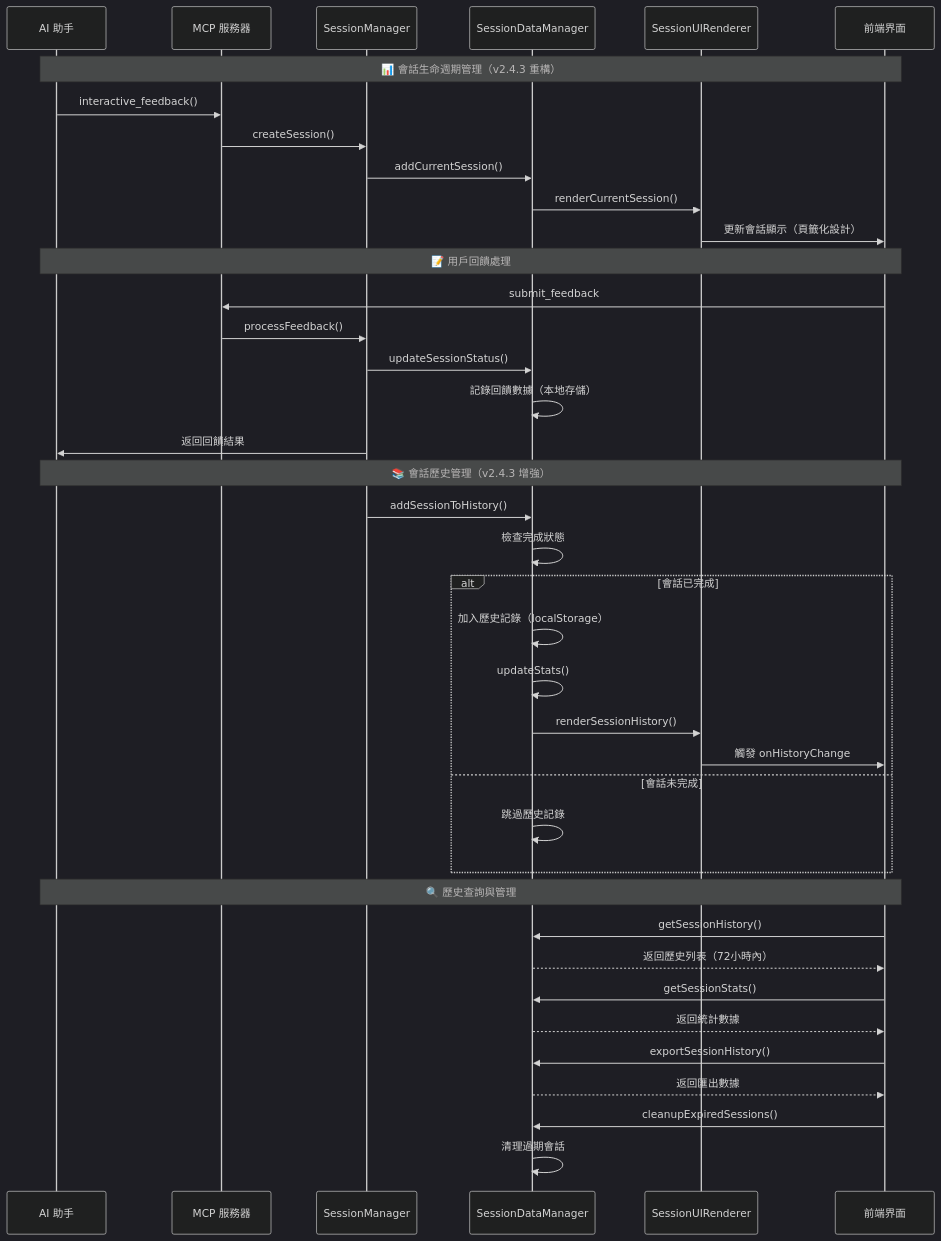
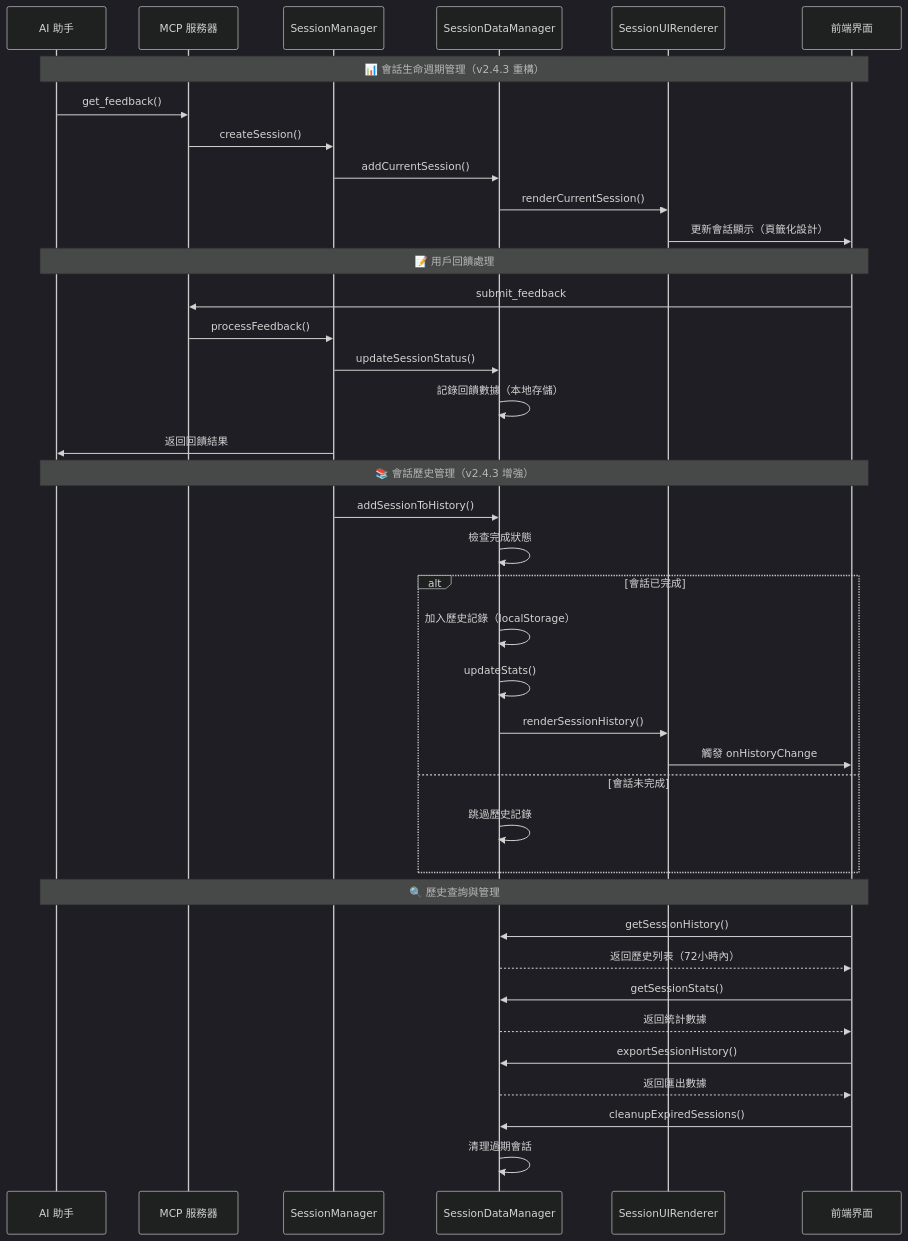
The eighth of 12 diagrams in docs/architecture/interaction-flows.md (LeonBuild/mcp-feedback-enhanced-pro), drawn with Mermaid (dark theme) before and after one commit. The commit also changed other lines of this file and 26 other files, not shown here.

Commit message:
rename to `get_feedback`

````diff
--- a/docs/architecture/interaction-flows.md
+++ b/docs/architecture/interaction-flows.md
@@ -558,45 +558,45 @@
 ```mermaid
 sequenceDiagram
     participant AI as AI 助手
     participant Server as MCP 服務器
     participant SM as SessionManager
     participant SDM as SessionDataManager
     participant SUR as SessionUIRenderer
     participant UI as 前端界面
 
     Note over AI,UI: 📊 會話生命週期管理（v2.4.3 重構）
-    AI->>Server: interactive_feedback()
+    AI->>Server: get_feedback()
     Server->>SM: createSession()
     SM->>SDM: addCurrentSession()
     SDM->>SUR: renderCurrentSession()
     SUR->>UI: 更新會話顯示（頁籤化設計）
 
     Note over AI,UI: 📝 用戶回饋處理
     UI->>Server: submit_feedback
     Server->>SM: processFeedback()
     SM->>SDM: updateSessionStatus()
     SDM->>SDM: 記錄回饋數據（本地存儲）
     SM->>AI: 返回回饋結果
 
     Note over AI,UI: 📚 會話歷史管理（v2.4.3 增強）
     SM->>SDM: addSessionToHistory()
     SDM->>SDM: 檢查完成狀態
     alt 會話已完成
         SDM->>SDM: 加入歷史記錄（localStorage）
         SDM->>SDM: updateStats()
         SDM->>SUR: renderSessionHistory()
         SUR->>UI: 觸發 onHistoryChange
     else 會話未完成
         SDM->>SDM: 跳過歷史記錄
     end
 
     Note over AI,UI: 🔍 歷史查詢與管理
     UI->>SDM: getSessionHistory()
     SDM-->>UI: 返回歷史列表（72小時內）
     UI->>SDM: getSessionStats()
     SDM-->>UI: 返回統計數據
     UI->>SDM: exportSessionHistory()
     SDM-->>UI: 返回匯出數據
     UI->>SDM: cleanupExpiredSessions()
     SDM->>SDM: 清理過期會話
 ```
````
